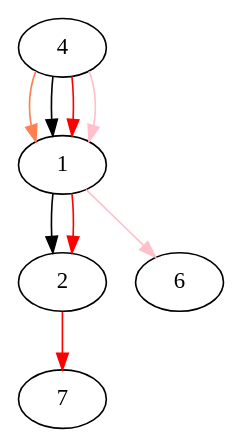
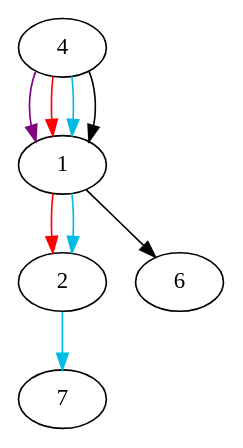
One commit to yyyyyliaa/SUAI_CPP_Lab changed the diagram in LAB/2/L20/var10/loh.dot. Above: the diagram before and after it, drawn with Graphviz. The commit also changed 1 other file, not shown here.

```diff
--- a/LAB/2/L20/var10/loh.dot
+++ b/LAB/2/L20/var10/loh.dot
@@ -1,8 +1,8 @@
 digraph G {
 
-4 -> 1 [color = "coral"];
-4 -> 1 -> 2 [color = "black"];
-4 -> 1 -> 2 -> 7 [color = "red"];
-4 -> 1 -> 6 [color = "pink"];
+4 -> 1 [color = "purple"];
+4 -> 1 -> 2 [color = "red"];
+4 -> 1 -> 2 -> 7 [color = "#00bce3"];
+4 -> 1 -> 6 [color = "black"];
 
 }
```
